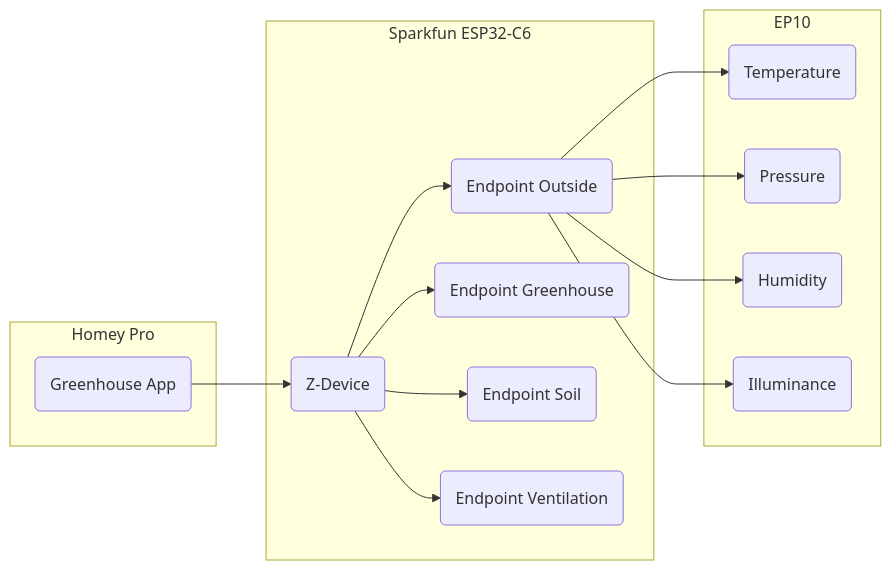
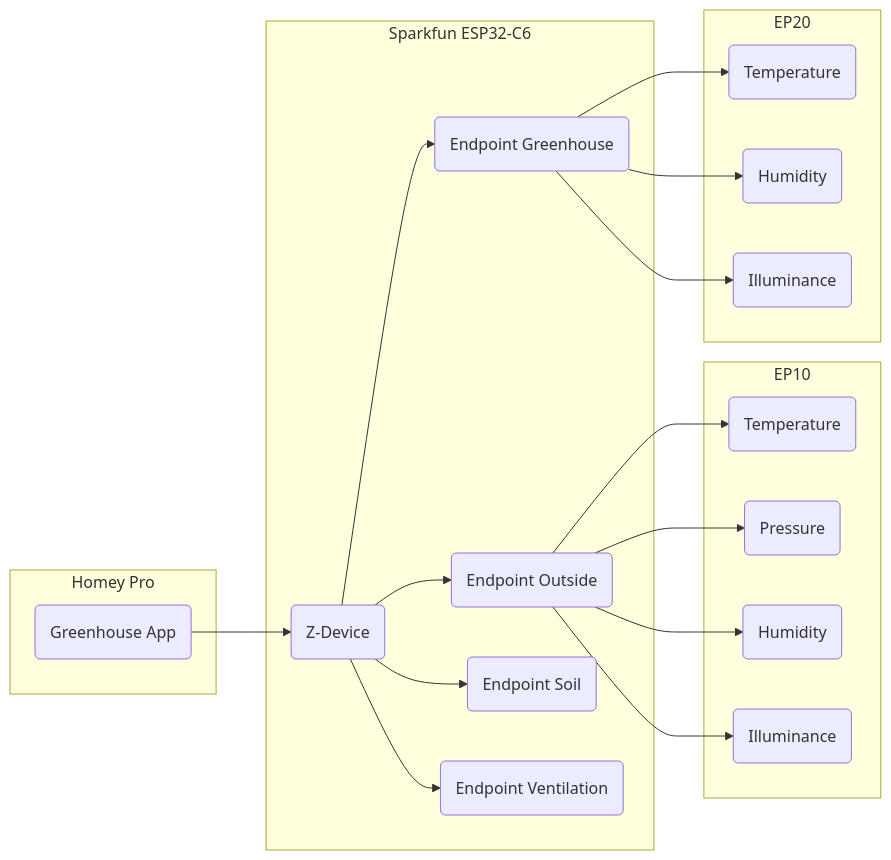
One commit to dnulnets/greenhouse changed the diagram in doc/README.md. Above: the diagram before and after it, drawn with Mermaid.

Commit message:
Updated zigbee model

````diff
--- a/doc/README.md
+++ b/doc/README.md
@@ -5,24 +5,32 @@
 ```mermaid
 flowchart LR
     subgraph Homey Pro
     app("Greenhouse App")
     end
     subgraph Sparkfun ESP32-C6
     zd("Z-Device")
     zd-->ep10("Endpoint Outside")
     zd-->ep20("Endpoint Greenhouse")
     zd-->ep30("Endpoint Soil")
     zd-->ep40("Endpoint Ventilation")
     end
     subgraph EP10
     T1("Temperature")
     P1("Pressure")
     RH1("Humidity")
     I1("Illuminance")
     end
+    subgraph EP20
+    T2("Temperature")
+    RH2("Humidity")
+    I2("Illuminance")
+    end
     ep10-->T1
     ep10-->P1
     ep10-->RH1
     ep10-->I1
+    ep20-->T2
+    ep20-->RH2
+    ep20-->I2
     app-->zd
 ```
````
